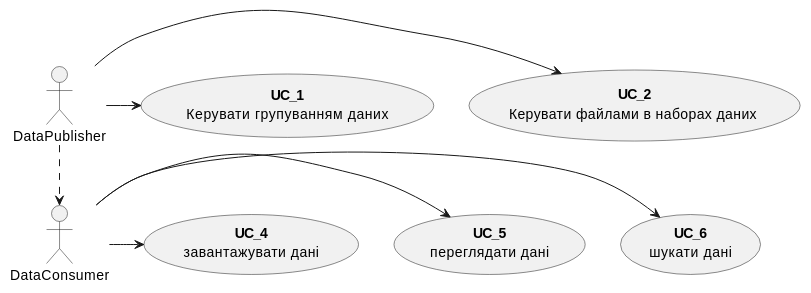
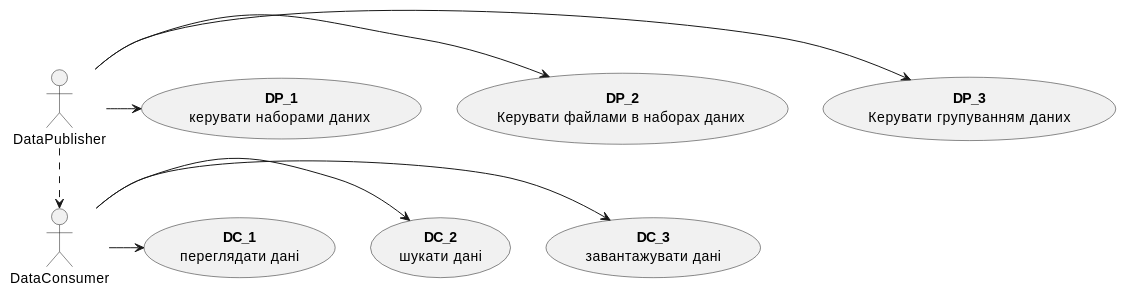
One commit to boldak/edu-db-cw changed the first of 3 diagrams in docs/use cases/README.md. Above: the diagram before and after it, drawn with PlantUML. The commit also changed other lines of this file, not shown here.

```diff
--- a/docs/use cases/README.md
+++ b/docs/use cases/README.md
@@ -166,25 +14,26 @@
 @startuml
   actor DataPublisher
   actor DataConsumer
   
+  usecase Dmanage1 as "<b>DP_1</b>\nкерувати наборами даних "
+  usecase Dmanage2 as "<b>DP_2</b>\nКерувати файлами в наборах даних "
+  usecase Dmanage3 as "<b>DP_3</b>\nКерувати групуванням даних"
+
+
+  usecase Duse1 as "<b>DC_1</b>\nпереглядати данi"
+  usecase Duse2 as "<b>DC_2</b>\nшукати данi"
+  usecase Duse3 as "<b>DC_3</b>\nзавантажувати данi"
   
-  usecase Dmanage2 as "<b>UC_2</b>\nКерувати файлами в наборах даних "
-  usecase Dmanage3 as "<b>UC_1</b>\nКерувати групуванням даних"
+  DataPublisher -> Dmanage3
+  DataPublisher -> Dmanage2
+  DataPublisher -> Dmanage1
+  DataPublisher .d.> DataConsumer
+ 
   
-  
-  usecase Duse1 as "<b>UC_6</b>\nшукати данi"
-  usecase Duse2 as "<b>UC_5</b>\nпереглядати данi"
-  usecase Duse3 as "<b>UC_4</b>\nзавантажувати данi"
-  
-    
-  DataPublisher -> Dmanage2
-  DataPublisher -> Dmanage3
-  DataPublisher .d.> DataConsumer
-  
+  DataConsumer -> Duse3
+  DataConsumer -> Duse2
   DataConsumer -> Duse1
-  DataConsumer -> Duse2
-  DataConsumer -> Duse3
   
 
   
 @enduml
```
